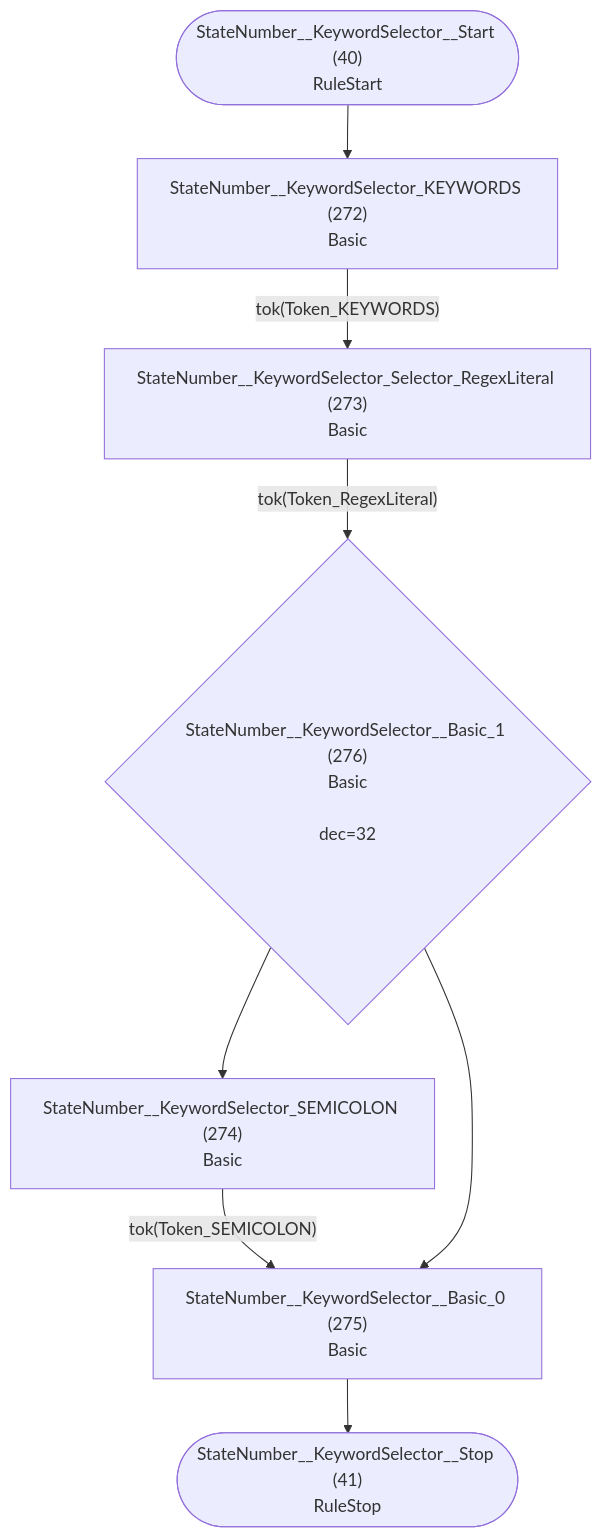
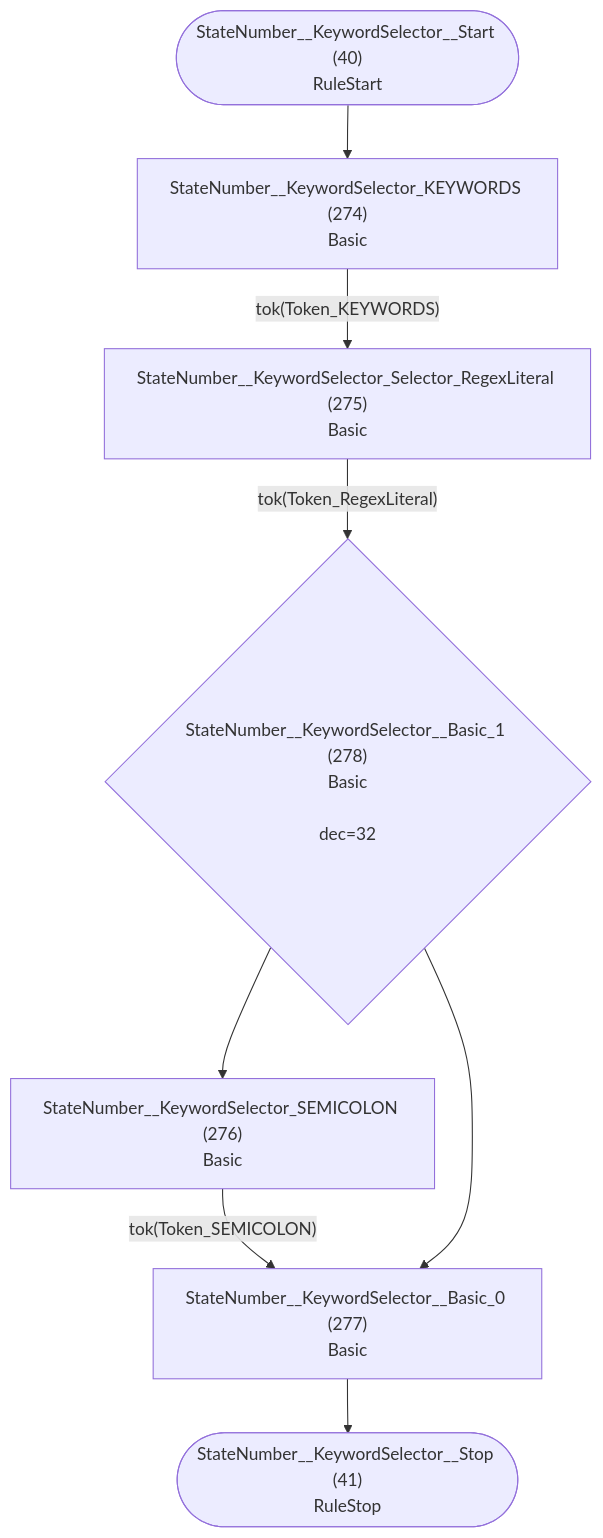
Before and after one commit to TypeFox/fastbelt: diagram 21 of 36 in internal/grammar/atn.md, drawn with Mermaid. The commit also changed other lines of this file and 11 other files, not shown here.

````diff
--- a/internal/grammar/atn.md
+++ b/internal/grammar/atn.md
@@ -648,18 +652,18 @@
 ```mermaid
 flowchart TD
     q40(["StateNumber__KeywordSelector__Start (40)<br/>RuleStart"])
     q41(["StateNumber__KeywordSelector__Stop (41)<br/>RuleStop"])
-    q272["StateNumber__KeywordSelector_KEYWORDS (272)<br/>Basic<br/>"]
-    q273["StateNumber__KeywordSelector_Selector_RegexLiteral (273)<br/>Basic<br/>"]
-    q274["StateNumber__KeywordSelector_SEMICOLON (274)<br/>Basic<br/>"]
-    q275["StateNumber__KeywordSelector__Basic_0 (275)<br/>Basic<br/>"]
-    q276{"StateNumber__KeywordSelector__Basic_1 (276)<br/>Basic<br/><br/>dec=32"}
+    q274["StateNumber__KeywordSelector_KEYWORDS (274)<br/>Basic<br/>"]
+    q275["StateNumber__KeywordSelector_Selector_RegexLiteral (275)<br/>Basic<br/>"]
+    q276["StateNumber__KeywordSelector_SEMICOLON (276)<br/>Basic<br/>"]
+    q277["StateNumber__KeywordSelector__Basic_0 (277)<br/>Basic<br/>"]
+    q278{"StateNumber__KeywordSelector__Basic_1 (278)<br/>Basic<br/><br/>dec=32"}
 
-    q40 --> q272
-    q272 -->|"tok(Token_KEYWORDS)"| q273
-    q273 -->|"tok(Token_RegexLiteral)"| q276
-    q274 -->|"tok(Token_SEMICOLON)"| q275
-    q275 --> q41
-    q276 --> q274
-    q276 --> q275
+    q40 --> q274
+    q274 -->|"tok(Token_KEYWORDS)"| q275
+    q275 -->|"tok(Token_RegexLiteral)"| q278
+    q276 -->|"tok(Token_SEMICOLON)"| q277
+    q277 --> q41
+    q278 --> q276
+    q278 --> q277
 ```
````
